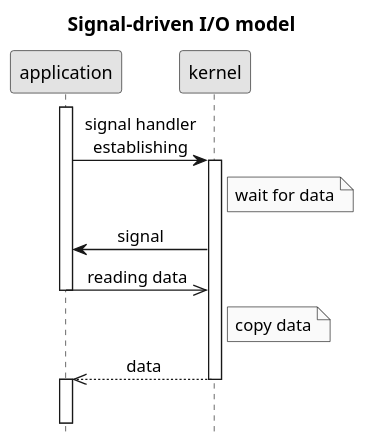
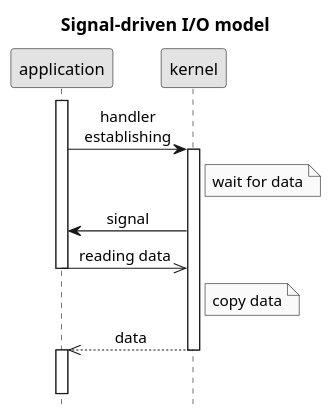
The diagram in .images/signal-driven IO model.puml (c0p4c4b4n4/demo-sockets-io-nio-nio2), drawn with PlantUML before and after one commit. The commit also changed 9 other files, not shown here.

```diff
--- a/.images/signal-driven IO model.puml
+++ b/.images/signal-driven IO model.puml
@@ -1,24 +1,24 @@
 @startuml
 title Signal-driven I/O model
-scale 1.2
+scale 1.1
 hide footbox
 skinparam monochrome true
-skinparam defaultFontName Microsoft Sans Serif
+skinparam defaultFontName Source Sans Pro
 skinparam titleFontSize 15
 skinparam sequenceMessageAlign center
 activate application
 
-application->kernel: signal handler\nestablishing
+application->kernel: handler\nestablishing
 activate kernel
 Note right of kernel: wait for data
 kernel->application: signal
 application->>kernel: reading data
 deactivate application
 Note right of kernel: copy data
 kernel-->>application: data
 deactivate kernel
 activate application
 
-||11||
+||14||
 kernel -[#white]->]
 @enduml
```
